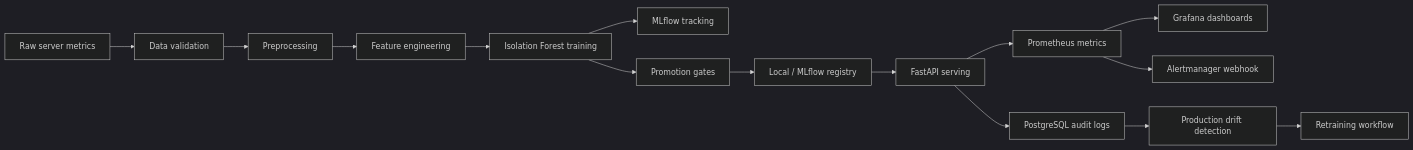
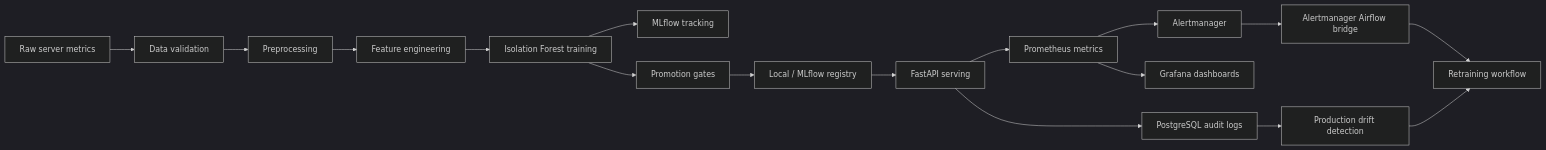
The diagram in README.md (peaceful-fptu-k16/final_ddm501), drawn with Mermaid (dark theme) before and after one commit. The commit also changed other lines of this file and 30 other files, not shown here.

````diff
--- a/README.md
+++ b/README.md
@@ -50,17 +54,19 @@
 ```mermaid
 flowchart LR
     A["Raw server metrics"] --> B["Data validation"]
     B --> C["Preprocessing"]
     C --> D["Feature engineering"]
     D --> E["Isolation Forest training"]
     E --> F["MLflow tracking"]
     E --> G["Promotion gates"]
     G --> H["Local / MLflow registry"]
     H --> I["FastAPI serving"]
     I --> J["PostgreSQL audit logs"]
     I --> K["Prometheus metrics"]
     K --> L["Grafana dashboards"]
-    K --> M["Alertmanager webhook"]
+    K --> M["Alertmanager"]
+    M --> P["Alertmanager Airflow bridge"]
+    P --> O["Retraining workflow"]
     J --> N["Production drift detection"]
     N --> O["Retraining workflow"]
 ```
````
